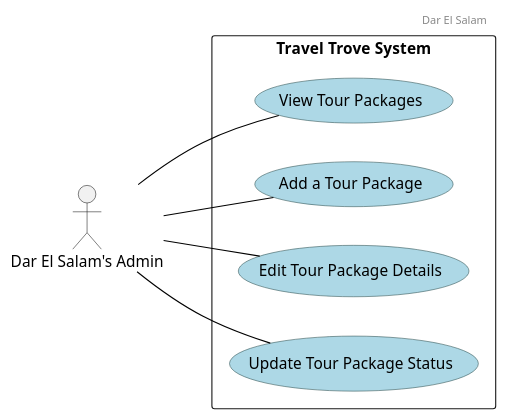
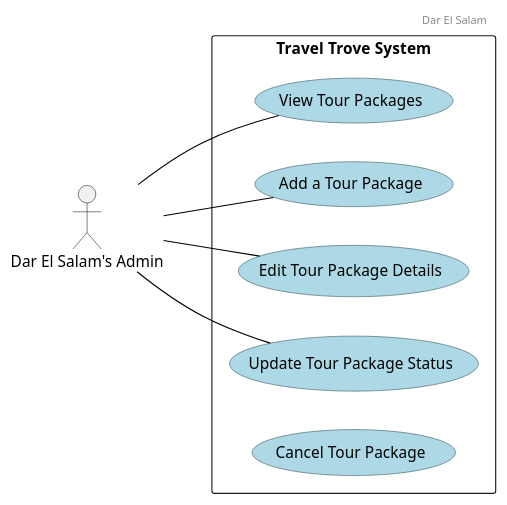
Before and after one commit to Hares-2088/TravelTrove: the diagram in diagrams/Sprint4/Packages/UseCaseAdmin.puml, drawn with PlantUML. The commit also changed 9 other files, not shown here.

Commit message:
last diagrams

```diff
--- a/diagrams/Sprint4/Packages/UseCaseAdmin.puml
+++ b/diagrams/Sprint4/Packages/UseCaseAdmin.puml
@@ -1,32 +1,33 @@
 @startuml
 scale 1
 left to right direction
 
 header
 Dar El Salam
 endheader
 
 ' Custom skin parameters for use cases
 skinparam usecase {
     BackgroundColor lightblue
     BorderColor DarkSlateGray
     ArrowColor Black
 }
 
 actor "Dar El Salam's Admin" as Admin
 
 rectangle "Travel Trove System" {
 
     usecase "View Tour Packages"
     usecase "Add a Tour Package"
     usecase "Edit Tour Package Details"
     usecase "Update Tour Package Status"
+    usecase "Cancel Tour Package"
 
 }
 
 Admin -- "View Tour Packages"
 Admin -- "Add a Tour Package"
 Admin -- "Edit Tour Package Details"
 Admin -- "Update Tour Package Status"
 
 @enduml
```
